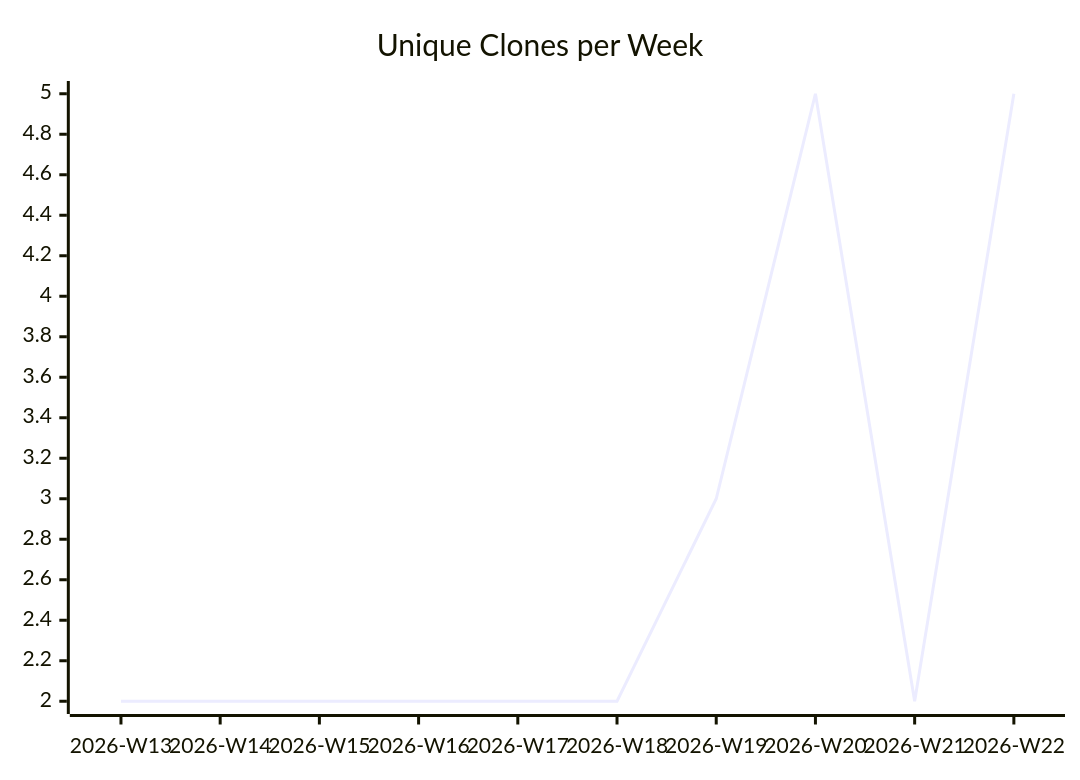
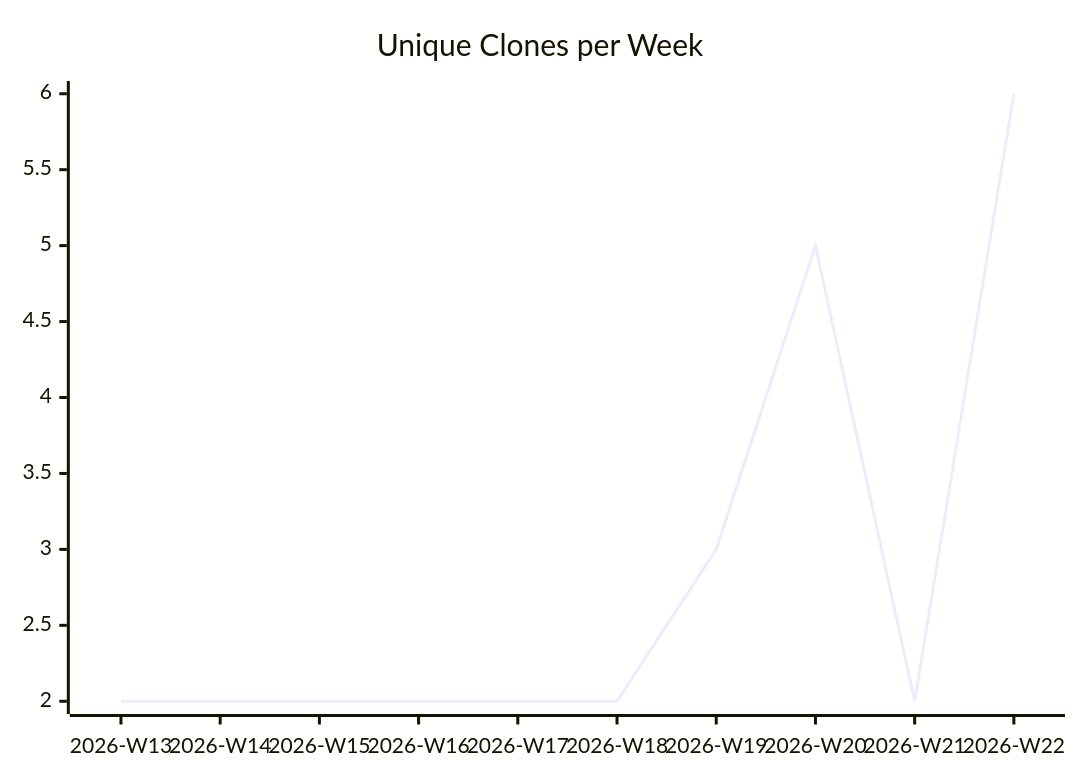
The third of 3 diagrams in karlmdavis/rps-tourney/README.md (justdavis-family/github-analytics-data), drawn with Mermaid before and after one commit. The commit also changed other lines of this file and 188 other files, not shown here.

````diff
--- a/karlmdavis/rps-tourney/README.md
+++ b/karlmdavis/rps-tourney/README.md
@@ -19,6 +19,6 @@
 ```mermaid
 xychart-beta
   title "Unique Clones per Week"
   x-axis ["2026-W13", "2026-W14", "2026-W15", "2026-W16", "2026-W17", "2026-W18", "2026-W19", "2026-W20", "2026-W21", "2026-W22"]
-  line [2, 2, 2, 2, 2, 2, 3, 5, 2, 5]
+  line [2, 2, 2, 2, 2, 2, 3, 5, 2, 6]
 ```
````
